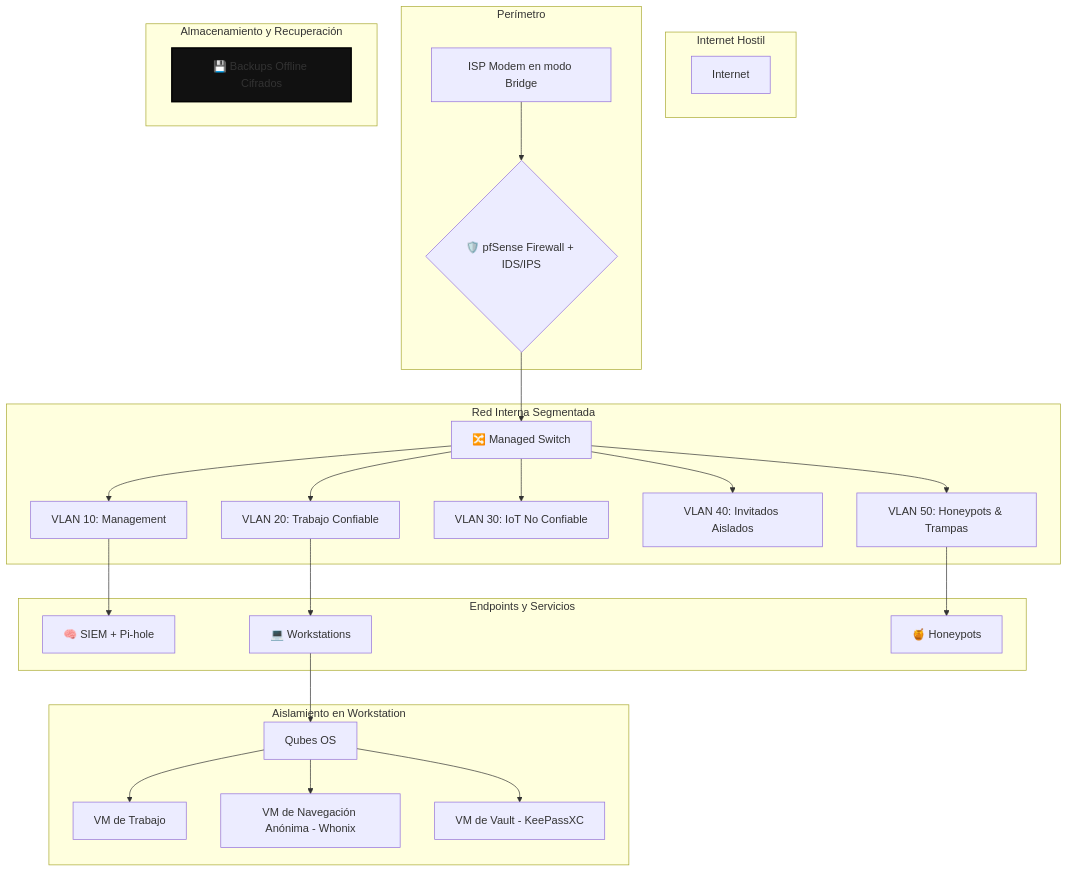
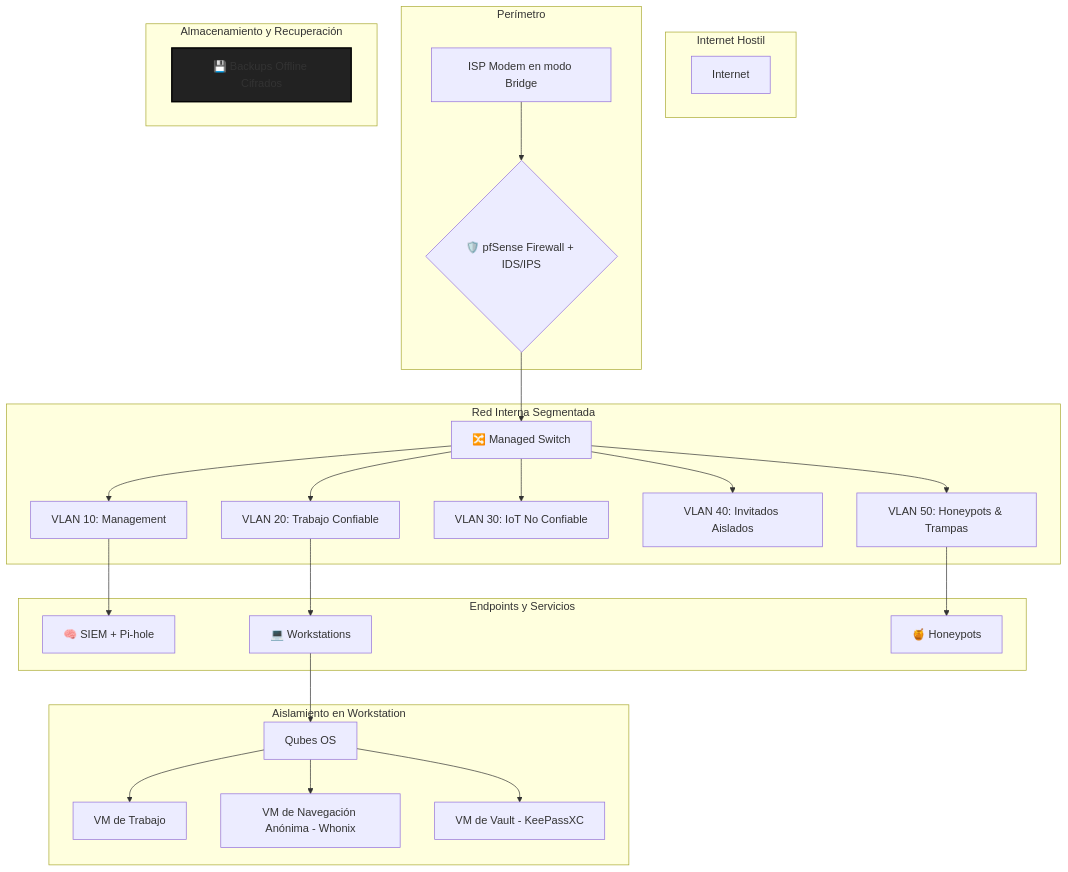
Before and after one commit to jviera100/documentacion: the second of 2 diagrams in 03_ciberseguridad_y_redes/14_defense.md, drawn with Mermaid.

Commit message:
:sparkles:up

````diff
--- a/03_ciberseguridad_y_redes/14_defense.md
+++ b/03_ciberseguridad_y_redes/14_defense.md
@@ -30,38 +30,38 @@
 ```mermaid
 graph TD
     subgraph Internet Hostil
         A[Internet]
     end
 
     subgraph Perímetro
         B[ISP Modem en modo Bridge] --> C{🛡️ pfSense Firewall + IDS/IPS};
     end
 
     subgraph Red Interna Segmentada
         C --> D[🔀 Managed Switch];
         D --> V10[VLAN 10: Management];
         D --> V20[VLAN 20: Trabajo Confiable];
         D --> V30[VLAN 30: IoT No Confiable];
         D --> V40[VLAN 40: Invitados Aislados];
         D --> V50[VLAN 50: Honeypots & Trampas];
     end
     
     subgraph Endpoints y Servicios
         V10 --> E[🧠 SIEM + Pi-hole];
         V20 --> F[💻 Workstations];
         V50 --> G[🍯 Honeypots];
     end
 
     subgraph Aislamiento en Workstation
         F --> H[Qubes OS];
         H --> I[VM de Trabajo];
         H --> J[VM de Navegación Anónima - Whonix];
         H --> K[VM de Vault - KeePassXC];
     end
 
     subgraph Almacenamiento y Recuperación
         L[💾 Backups Offline Cifrados]
     end
 
-    style L fill:#111,stroke:#000,stroke-width:2px
+    style L fill:#222,stroke:#000,stroke-width:2px
 ```
````
